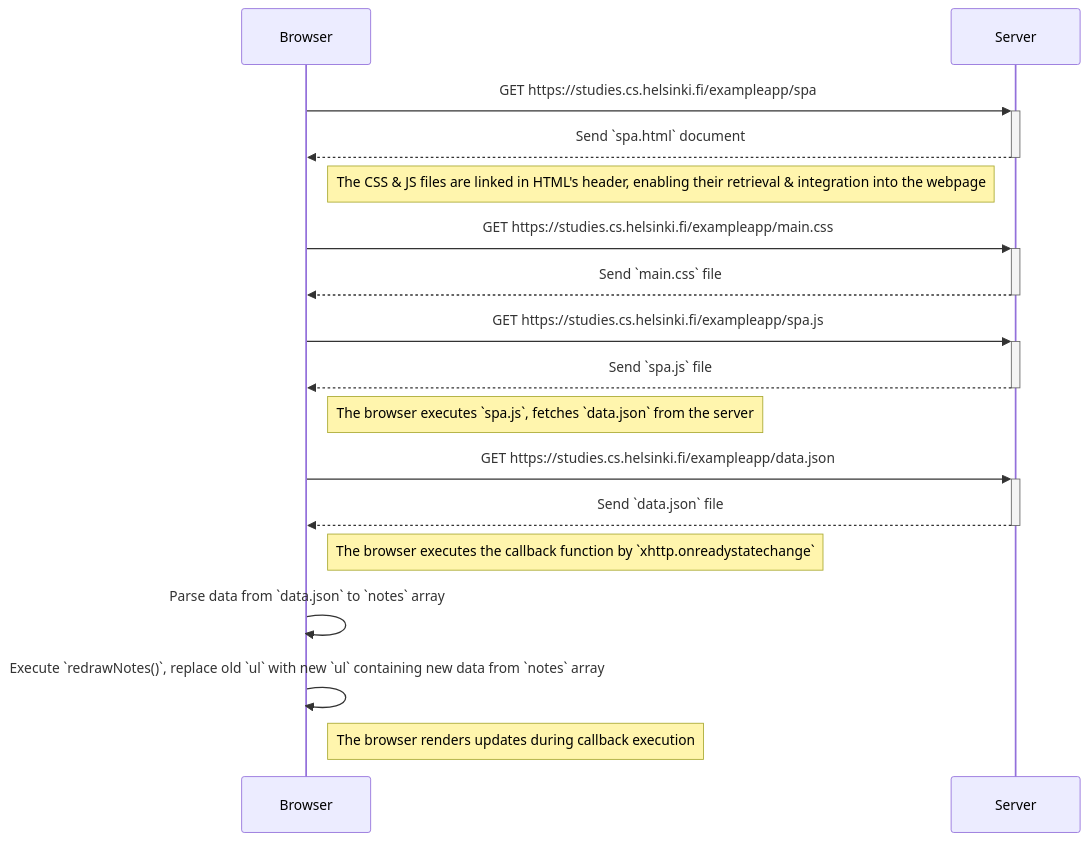
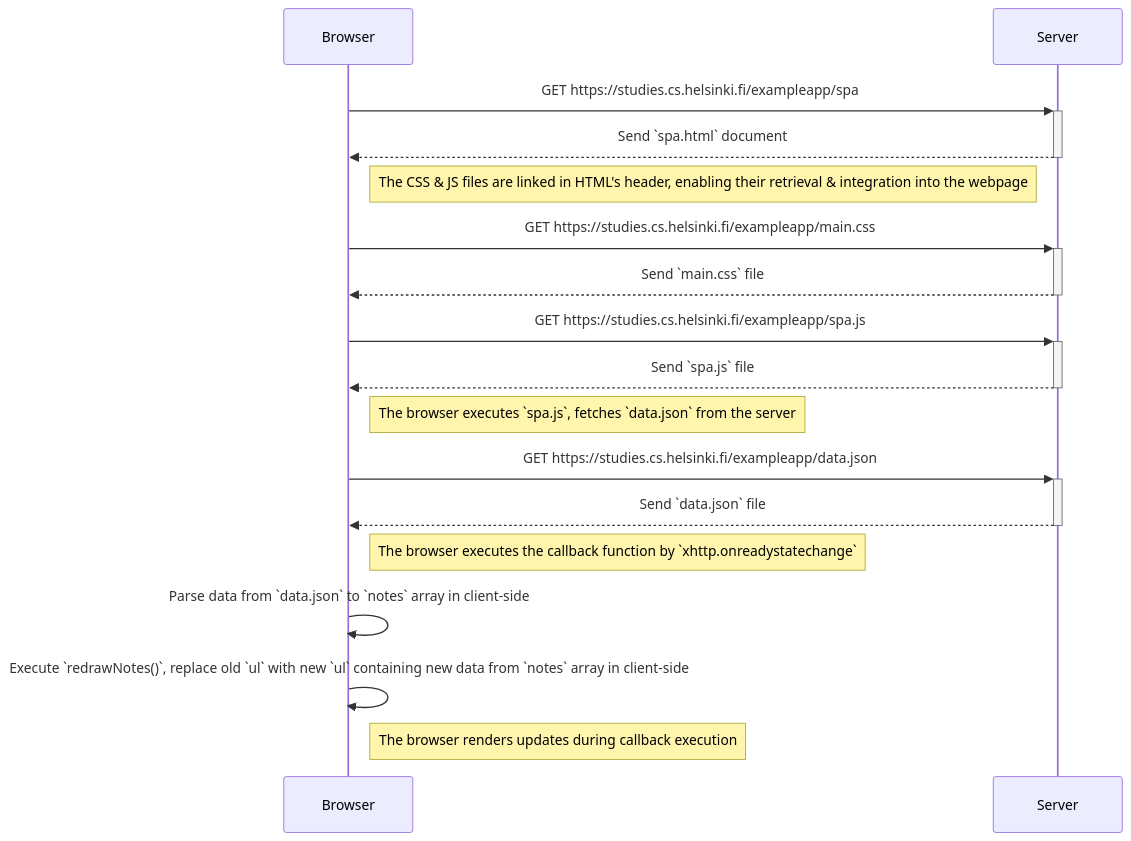
One commit to ricky-kiva/fs-web-fundamentals-fso changed the diagram in 0.5/user_access_spa.md. Above: the diagram before and after it, drawn with Mermaid.

Commit message:
feat(0.5): add explanation on `notes` array

````diff
--- a/0.5/user_access_spa.md
+++ b/0.5/user_access_spa.md
@@ -1,24 +1,24 @@
 ``` mermaid
 sequenceDiagram
   participant b as Browser
   participant s as Server
 
   b ->>+ s: GET https://studies.cs.helsinki.fi/exampleapp/spa
   s -->>- b: Send `spa.html` document
   Note right of b: The CSS & JS files are linked in HTML's header, enabling their retrieval & integration into the webpage
 
   b ->>+ s: GET https://studies.cs.helsinki.fi/exampleapp/main.css
   s -->>- b: Send `main.css` file
 
   b ->>+ s: GET https://studies.cs.helsinki.fi/exampleapp/spa.js
   s -->>- b: Send `spa.js` file
   Note right of b: The browser executes `spa.js`, fetches `data.json` from the server
 
   b ->>+ s: GET https://studies.cs.helsinki.fi/exampleapp/data.json
   s -->>- b: Send `data.json` file
   Note right of b: The browser executes the callback function by `xhttp.onreadystatechange`
 
-  b ->> b: Parse data from `data.json` to `notes` array
-  b ->> b: Execute `redrawNotes()`, replace old `ul` with new `ul` containing new data from `notes` array
+  b ->> b: Parse data from `data.json` to `notes` array in client-side
+  b ->> b: Execute `redrawNotes()`, replace old `ul` with new `ul` containing new data from `notes` array in client-side
   Note right of b: The browser renders updates during callback execution
 ```
````
